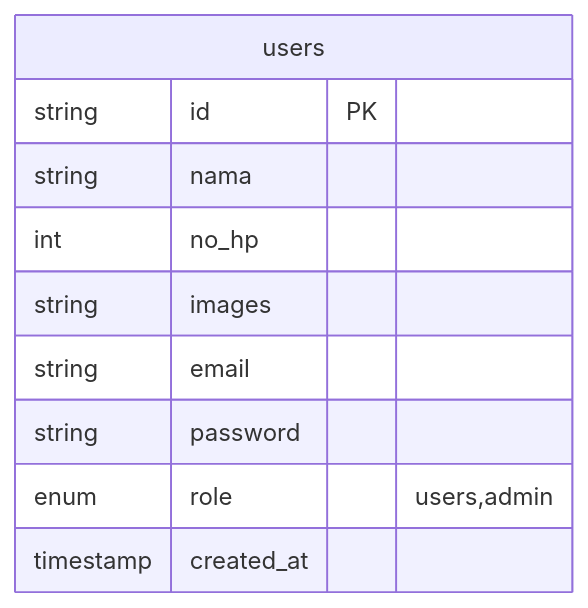
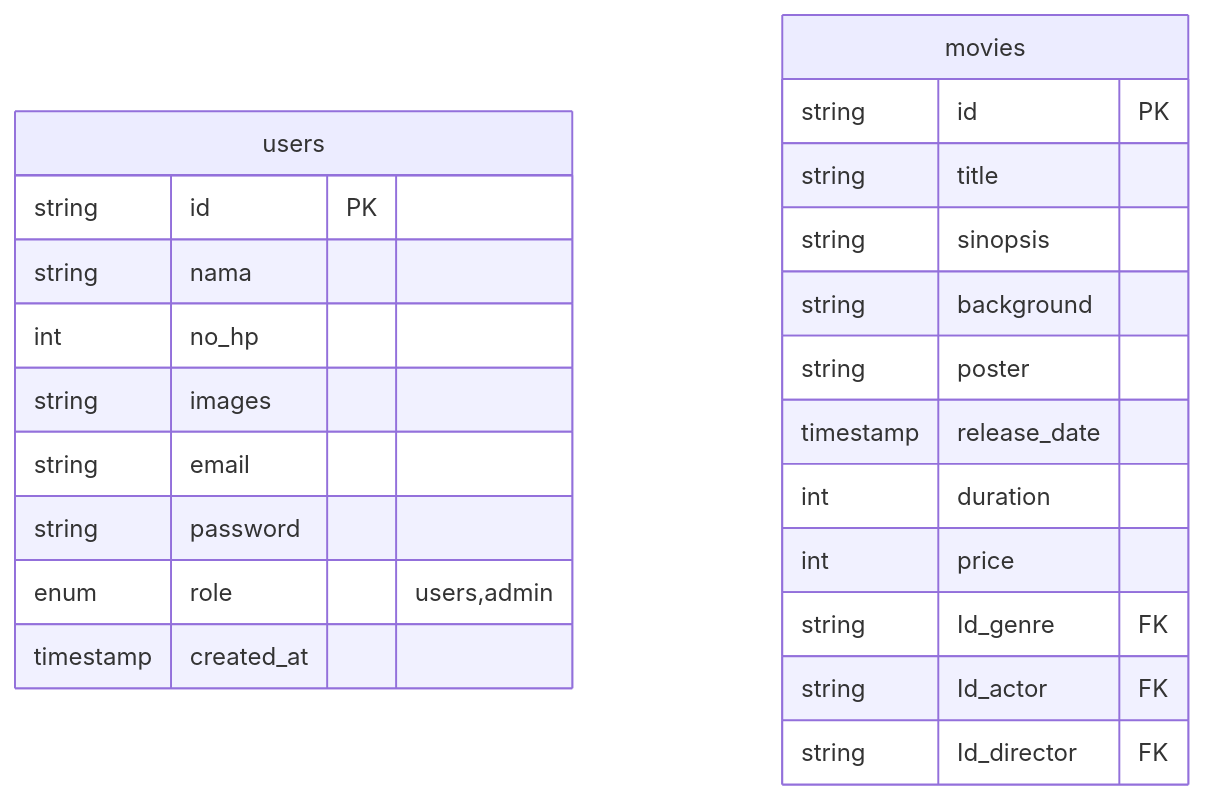
The diagram in readme.md (HN721/fgo24-db-weeklytask), drawn with Mermaid before and after one commit.

Commit message:
feat:create table diagram movie

````diff
--- a/readme.md
+++ b/readme.md
@@ -3,15 +3,28 @@
 ```mermaid
 erDiagram
 
 users{
     string id PK
     string nama
     int no_hp
     string images
     string email
     string password
     enum role "users,admin"
     timestamp created_at
 }
+movies{
+    string id PK
+    string title
+    string sinopsis
+    string background
+    string poster
+    timestamp release_date
+    int duration
+    int price
+    string Id_genre FK
+    string Id_actor FK
+    string Id_director FK
+}
 
 ```
````
